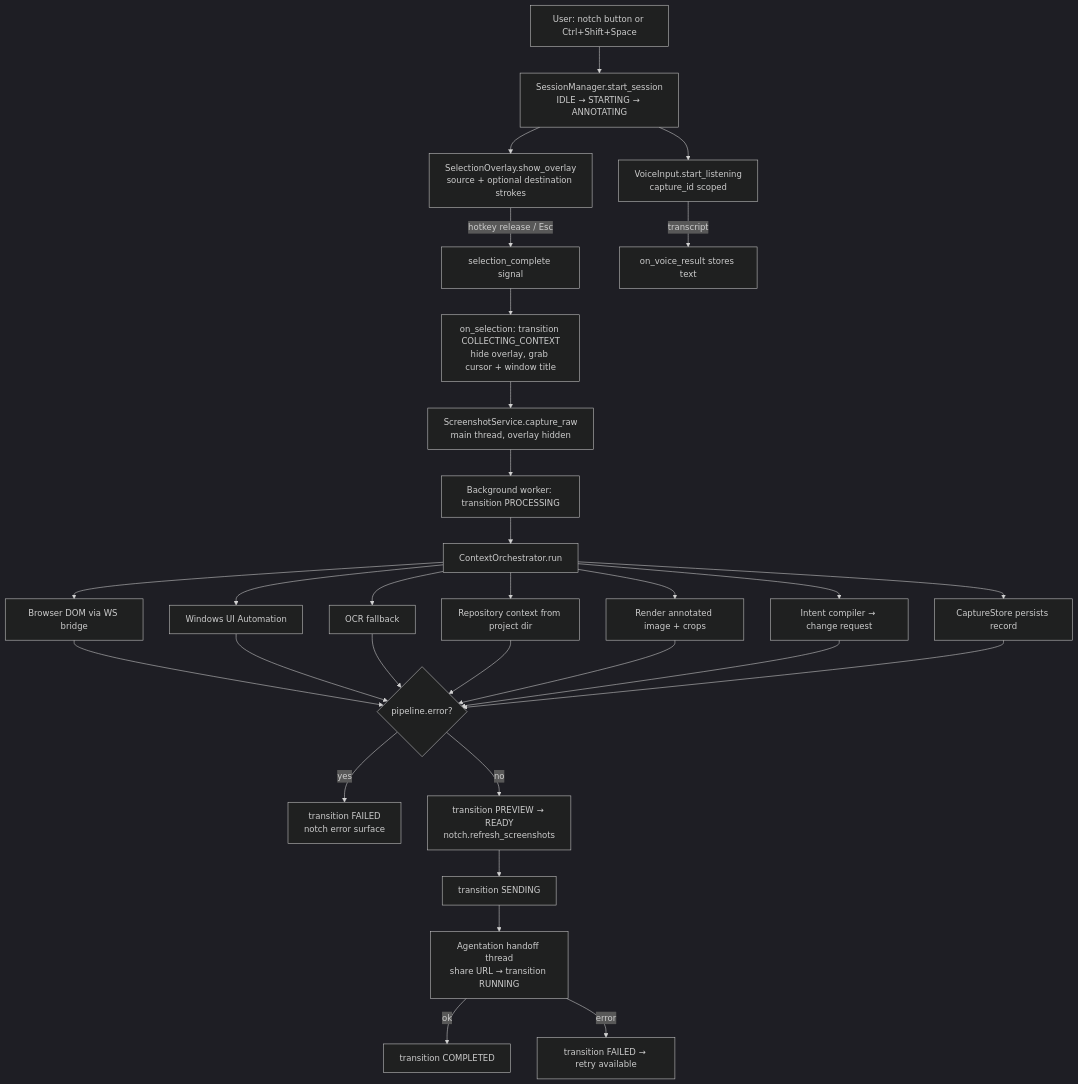
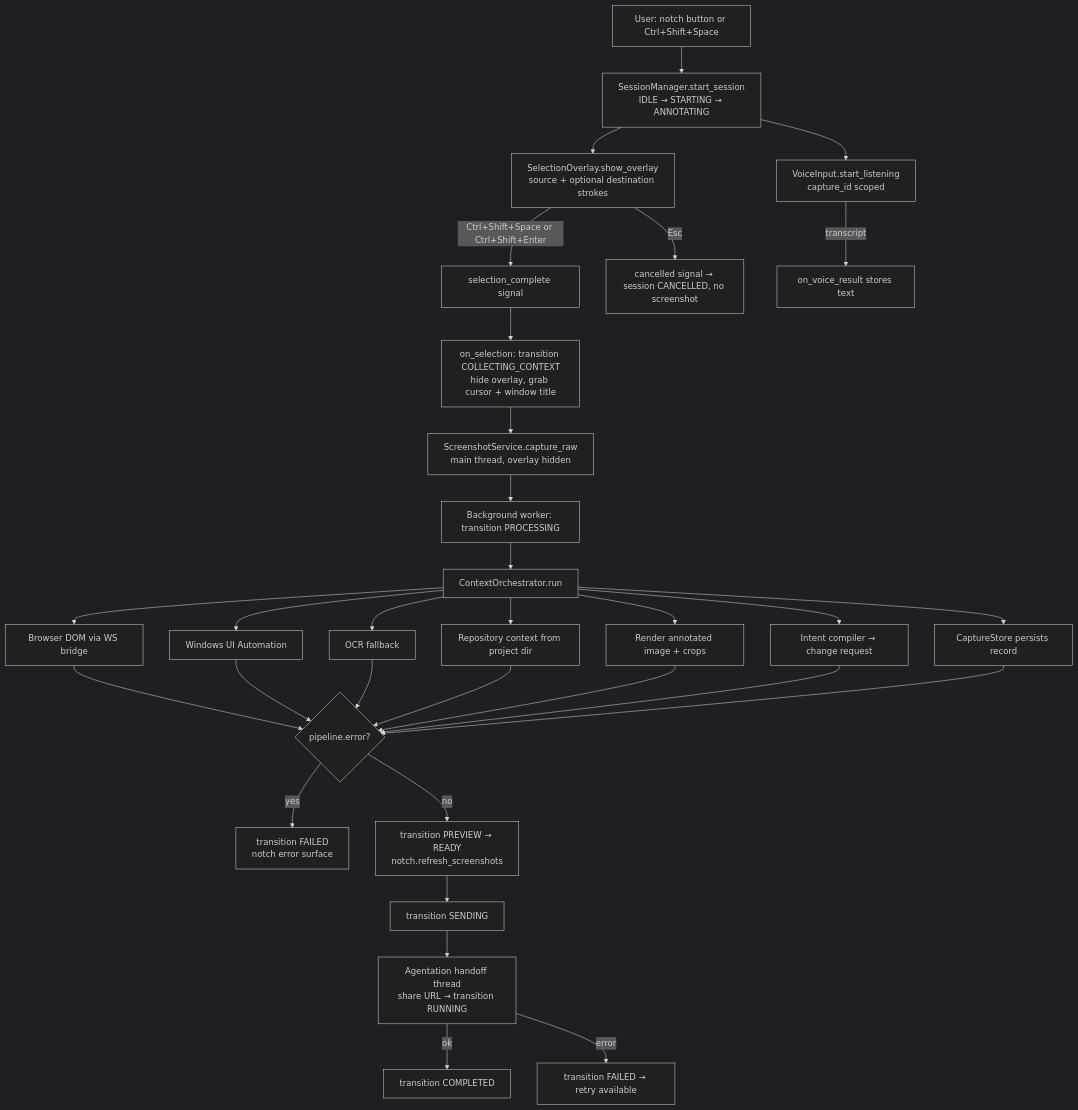
One commit to Anmol2k5/arrow-annotate changed the first of 2 diagrams in docs/current-architecture.md. Above: the diagram before and after it, drawn with Mermaid (dark theme). The commit also changed other lines of this file and 42 other files, not shown here.

````diff
--- a/docs/current-architecture.md
+++ b/docs/current-architecture.md
@@ -35,26 +35,27 @@
 ```mermaid
 flowchart TD
     A[User: notch button or Ctrl+Shift+Space] --> B[SessionManager.start_session<br/>IDLE → STARTING → ANNOTATING]
     B --> C[SelectionOverlay.show_overlay<br/>source + optional destination strokes]
     B --> D[VoiceInput.start_listening<br/>capture_id scoped]
-    C -->|hotkey release / Esc| E[selection_complete signal]
+    C -->|Ctrl+Shift+Space or Ctrl+Shift+Enter| E[selection_complete signal]
+    C -->|Esc| C2[cancelled signal → session CANCELLED, no screenshot]
     D -->|transcript| F[on_voice_result stores text]
     E --> G[on_selection: transition COLLECTING_CONTEXT<br/>hide overlay, grab cursor + window title]
     G --> H[ScreenshotService.capture_raw<br/>main thread, overlay hidden]
     H --> I[Background worker: transition PROCESSING]
     I --> J[ContextOrchestrator.run]
     J --> J1[Browser DOM via WS bridge]
     J --> J2[Windows UI Automation]
     J --> J3[OCR fallback]
     J --> J4[Repository context from project dir]
     J --> J5[Render annotated image + crops]
     J --> J6[Intent compiler → change request]
     J --> J7[CaptureStore persists record]
     J1 & J2 & J3 & J4 & J5 & J6 & J7 --> K{pipeline.error?}
     K -->|yes| L[transition FAILED<br/>notch error surface]
     K -->|no| M[transition PREVIEW → READY<br/>notch.refresh_screenshots]
     M --> N[transition SENDING]
     N --> O[Agentation handoff thread<br/>share URL → transition RUNNING]
     O -->|ok| P[transition COMPLETED]
     O -->|error| Q[transition FAILED → retry available]
 ```
````
